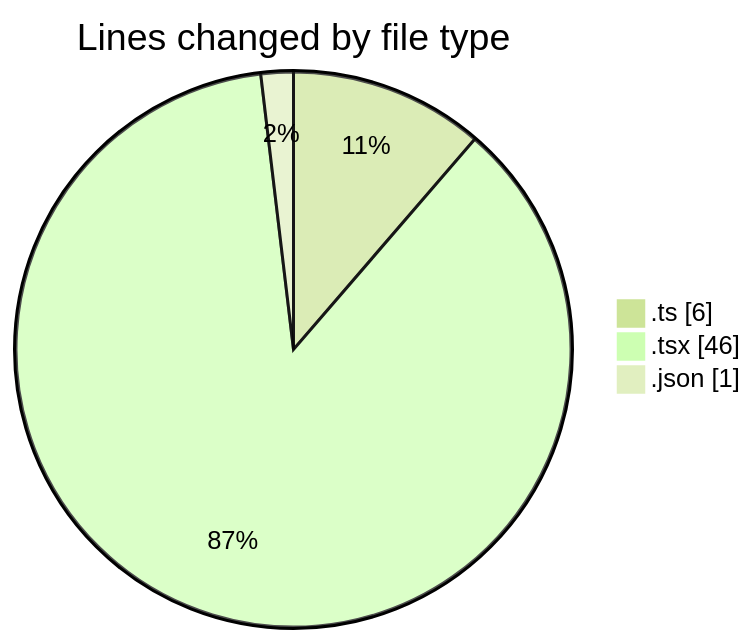
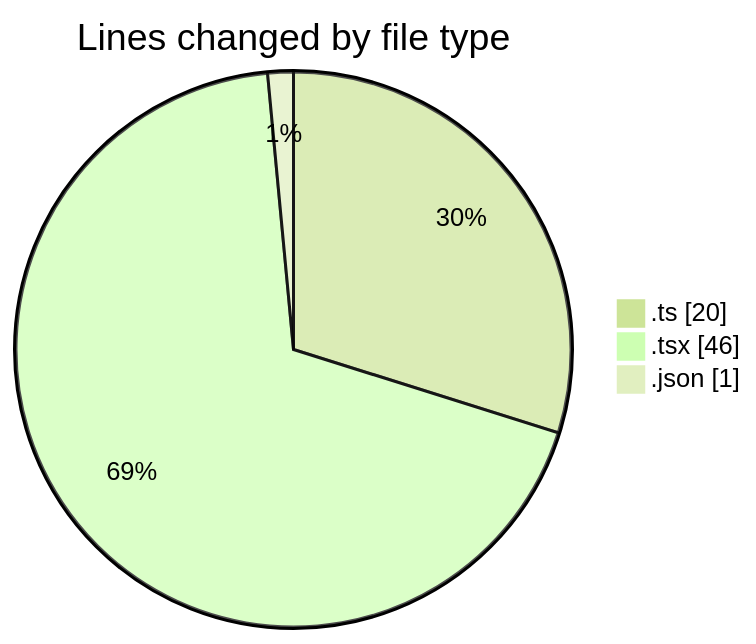
One commit to robertbonfada/code-tracking changed the first of 2 diagrams in 2025-02-27/area-formacao-web/README.md. Above: the diagram before and after it, drawn with Mermaid (forest theme). The commit also changed other lines of this file and 1 other file, not shown here.

````diff
--- a/2025-02-27/area-formacao-web/README.md
+++ b/2025-02-27/area-formacao-web/README.md
@@ -22,7 +23,7 @@
 ```mermaid
 pie showData
 title Lines changed by file type
-".ts" : 6
+".ts" : 20
 ".tsx" : 46
 ".json" : 1
 ```
````
